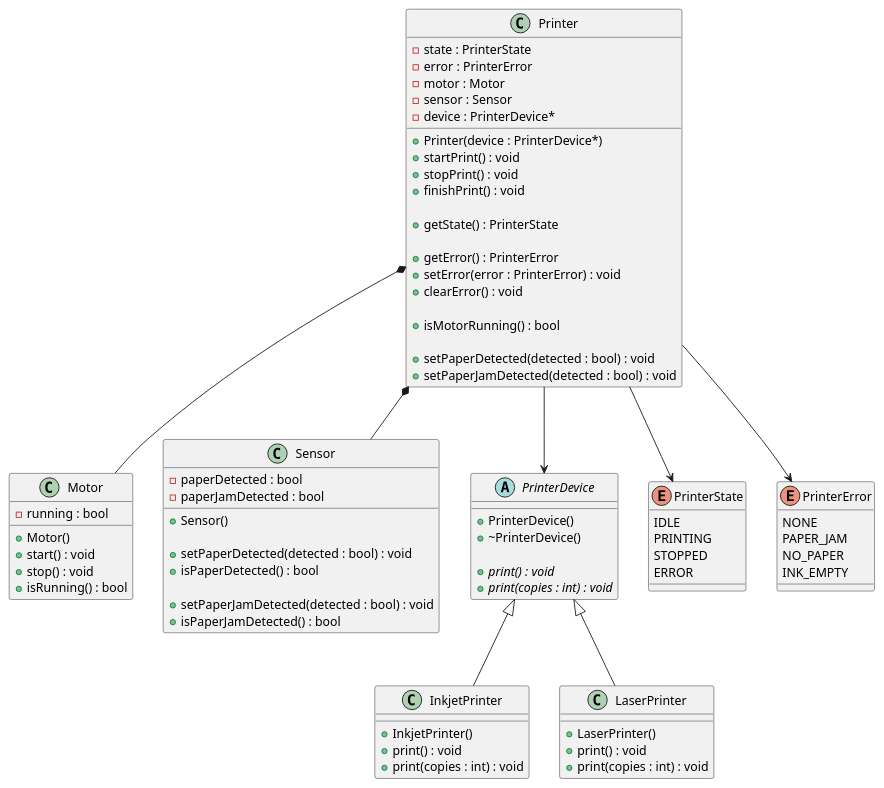
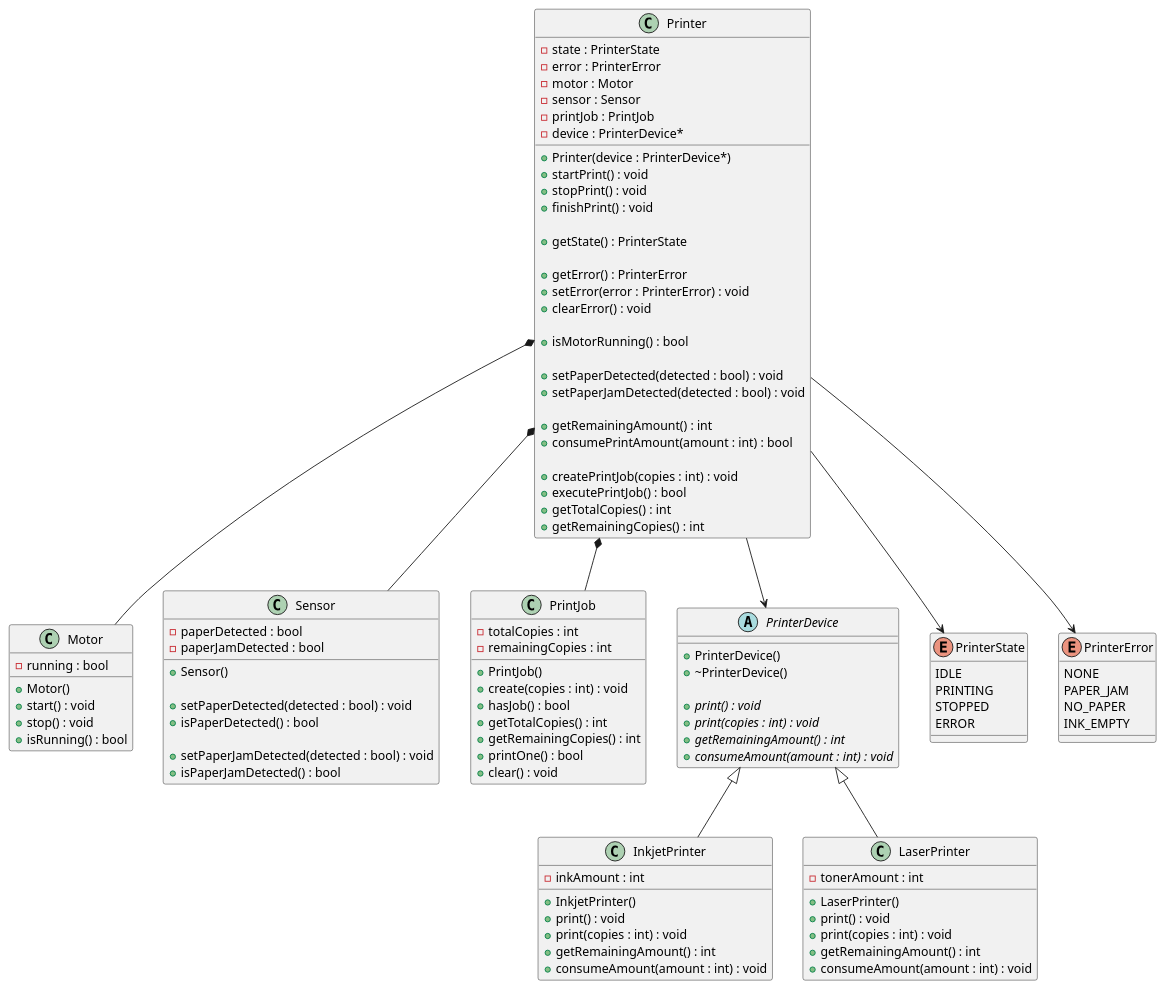
Before and after one commit to hiroshi-tak/print-simulator: the diagram in docs/class.puml, drawn with PlantUML. The commit also changed 13 other files, not shown here.

```diff
--- a/docs/class.puml
+++ b/docs/class.puml
@@ -1,93 +1,126 @@
 @startuml
 
 class Printer {
     - state : PrinterState
     - error : PrinterError
     - motor : Motor
     - sensor : Sensor
+    - printJob : PrintJob
     - device : PrinterDevice*
 
     + Printer(device : PrinterDevice*)
     + startPrint() : void
     + stopPrint() : void
     + finishPrint() : void
 
     + getState() : PrinterState
 
     + getError() : PrinterError
     + setError(error : PrinterError) : void
     + clearError() : void
 
     + isMotorRunning() : bool
 
     + setPaperDetected(detected : bool) : void
     + setPaperJamDetected(detected : bool) : void
+
+    + getRemainingAmount() : int
+    + consumePrintAmount(amount : int) : bool
+
+    + createPrintJob(copies : int) : void
+    + executePrintJob() : bool
+    + getTotalCopies() : int
+    + getRemainingCopies() : int
 }
 
 class Motor {
     - running : bool
 
     + Motor()
     + start() : void
     + stop() : void
     + isRunning() : bool
 }
 
 class Sensor {
     - paperDetected : bool
     - paperJamDetected : bool
 
     + Sensor()
 
     + setPaperDetected(detected : bool) : void
     + isPaperDetected() : bool
 
     + setPaperJamDetected(detected : bool) : void
     + isPaperJamDetected() : bool
 }
 
+class PrintJob {
+    - totalCopies : int
+    - remainingCopies : int
+
+    + PrintJob()
+    + create(copies : int) : void
+    + hasJob() : bool
+    + getTotalCopies() : int
+    + getRemainingCopies() : int
+    + printOne() : bool
+    + clear() : void
+}
+
 abstract class PrinterDevice {
     + PrinterDevice()
     + ~PrinterDevice()
 
     {abstract} + print() : void
     {abstract} + print(copies : int) : void
+    {abstract} + getRemainingAmount() : int
+    {abstract} + consumeAmount(amount : int) : void
 }
 
 class InkjetPrinter {
+    - inkAmount : int
+
     + InkjetPrinter()
     + print() : void
     + print(copies : int) : void
+    + getRemainingAmount() : int
+    + consumeAmount(amount : int) : void
 }
 
 class LaserPrinter {
+    - tonerAmount : int
+
     + LaserPrinter()
     + print() : void
     + print(copies : int) : void
+    + getRemainingAmount() : int
+    + consumeAmount(amount : int) : void
 }
 
 enum PrinterState {
     IDLE
     PRINTING
     STOPPED
     ERROR
 }
 
 enum PrinterError {
     NONE
     PAPER_JAM
     NO_PAPER
     INK_EMPTY
 }
 
 Printer --> PrinterState
 Printer --> PrinterError
 
 Printer *-- Motor
 Printer *-- Sensor
+Printer *-- PrintJob
 Printer --> PrinterDevice
 
 PrinterDevice <|-- InkjetPrinter
 PrinterDevice <|-- LaserPrinter
 
 @enduml
```
